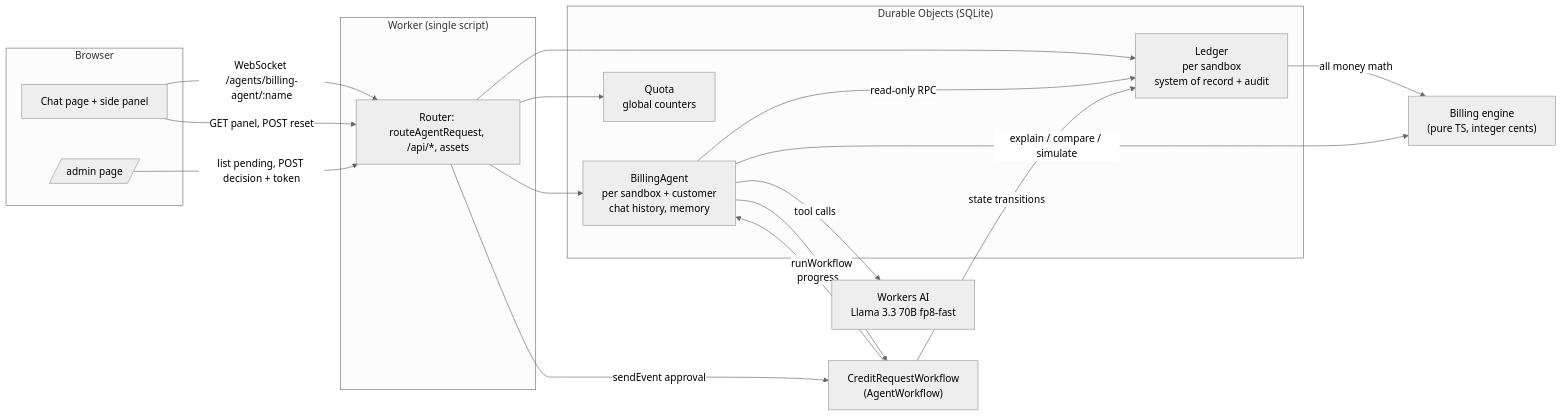
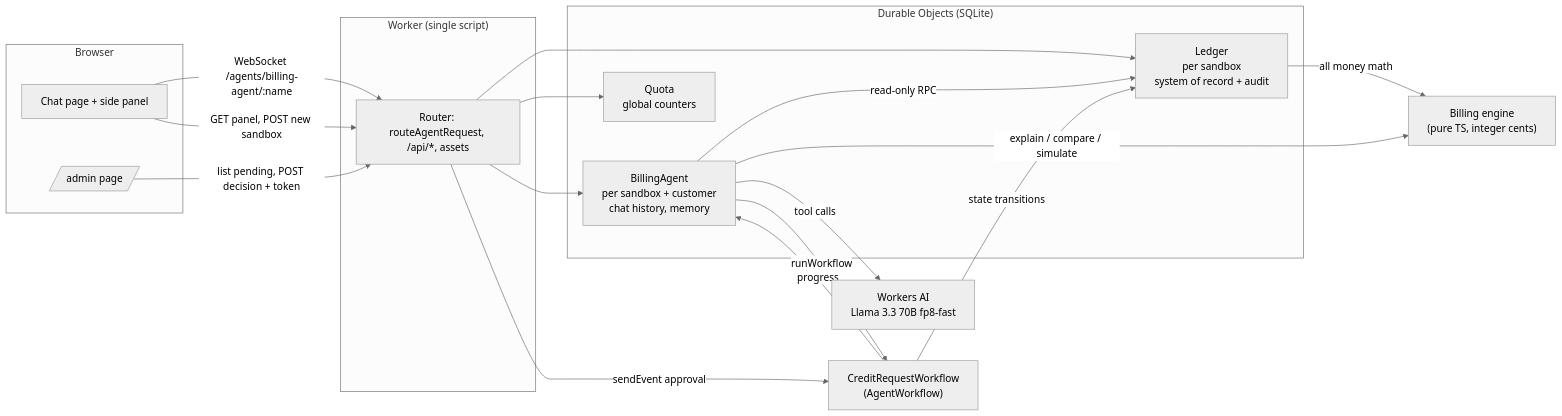
One commit to annah-dev/cf-billing-copilot changed the first of 3 diagrams in docs/ARCHITECTURE.md. Above: the diagram before and after it, drawn with Mermaid (neutral theme). The commit also changed other lines of this file and 1 other file, not shown here.

Commit message:
docs: fold sandbox reset, caps, Paid budgets and review loop into plan

````diff
--- a/docs/ARCHITECTURE.md
+++ b/docs/ARCHITECTURE.md
@@ -27,33 +27,33 @@
 ```mermaid
 flowchart LR
   subgraph Browser
     UI[Chat page + side panel]
     ADM[/admin page/]
   end
   subgraph Worker["Worker (single script)"]
     R[Router: routeAgentRequest, /api/*, assets]
   end
   subgraph DOs["Durable Objects (SQLite)"]
     A["BillingAgent<br/>per sandbox + customer<br/>chat history, memory"]
     L["Ledger<br/>per sandbox<br/>system of record + audit"]
     Q["Quota<br/>global counters"]
   end
   WF["CreditRequestWorkflow<br/>(AgentWorkflow)"]
   AI["Workers AI<br/>Llama 3.3 70B fp8-fast"]
   ENG["Billing engine<br/>(pure TS, integer cents)"]
 
   UI -- WebSocket /agents/billing-agent/:name --> R
-  UI -- GET panel, POST reset --> R
+  UI -- GET panel, POST new sandbox --> R
   ADM -- list pending, POST decision + token --> R
   R --> A
   R --> L
   R --> Q
   R -- sendEvent approval --> WF
   A -- tool calls --> AI
   A -- read-only RPC --> L
   A -- runWorkflow --> WF
   WF -- state transitions --> L
   WF -- progress --> A
   L -- all money math --> ENG
   A -- explain / compare / simulate --> ENG
 ```
````
